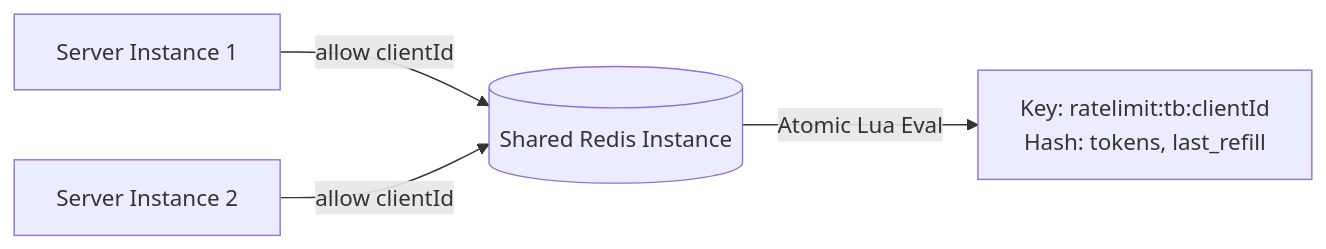
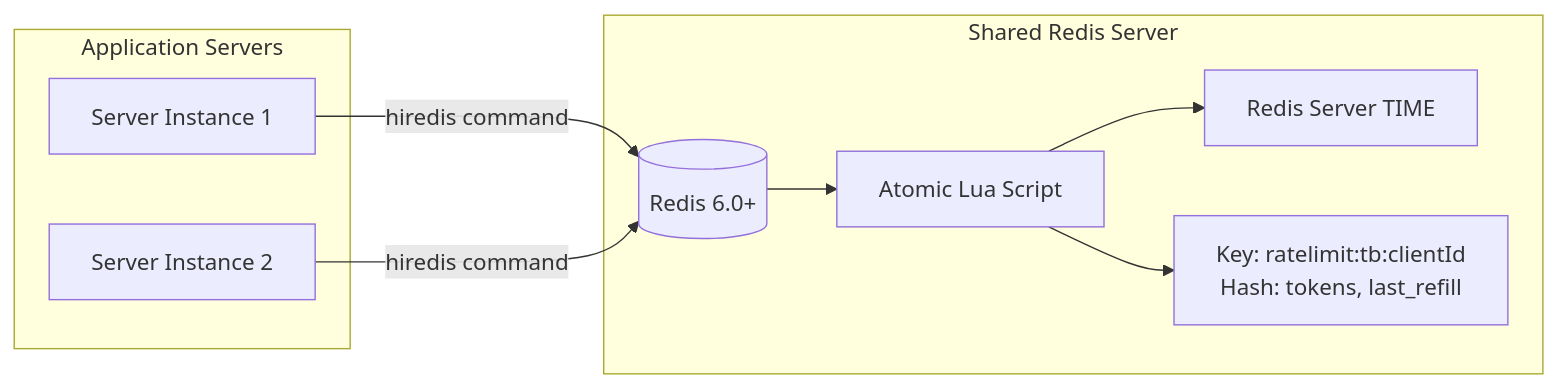
Before and after one commit to Dharmraj06/High-Performance-Rate-Limiter: the fifth of 5 diagrams in README.md, drawn with Mermaid. The commit also changed other lines of this file, not shown here.

````diff
--- a/README.md
+++ b/README.md
@@ -93,6 +143,20 @@
 ```mermaid
 flowchart LR
-    Server1[Server Instance 1] -->|allow clientId| Redis[(Shared Redis Instance)]
-    Server2[Server Instance 2] -->|allow clientId| Redis
-    Redis -->|Atomic Lua Eval| State[Key: ratelimit:tb:clientId<br/>Hash: tokens, last_refill]
+    subgraph AppServers [Application Servers]
+        Server1[Server Instance 1]
+        Server2[Server Instance 2]
+    end
+
+    subgraph RedisCluster [Shared Redis Server]
+        RedisNode[(Redis 6.0+)]
+        LuaScript[Atomic Lua Script]
+        Clock[Redis Server TIME]
+        Storage["Key: ratelimit:tb:clientId<br/>Hash: tokens, last_refill"]
+    end
+
+    Server1 -->|hiredis command| RedisNode
+    Server2 -->|hiredis command| RedisNode
+    RedisNode --> LuaScript
+    LuaScript --> Clock
+    LuaScript --> Storage
 ```
````
